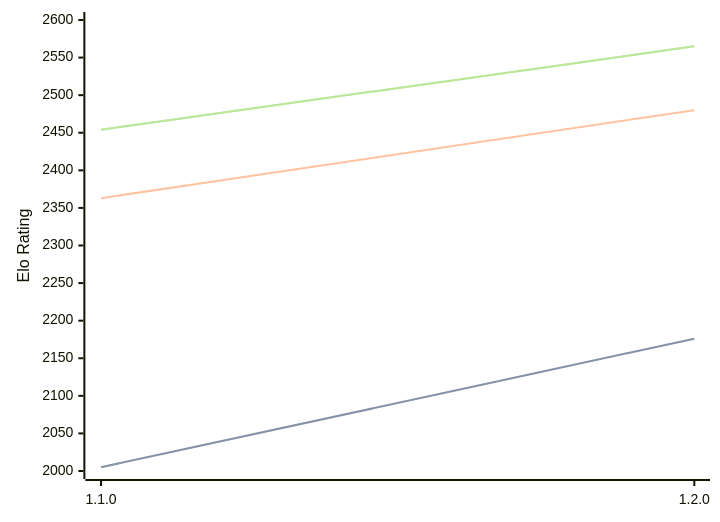
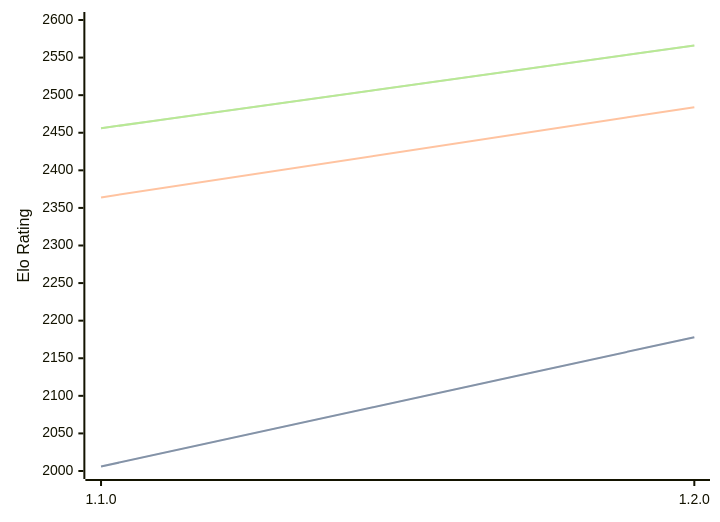
One commit to computer-chess-index/cci changed the diagram in engines/Gyatso.md. Above: the diagram before and after it, drawn with Mermaid. The commit also changed other lines of this file, not shown here.

Commit message:
Update CCI Ratings (ELO VLTC) - 2026-02-20

````diff
--- a/engines/Gyatso.md
+++ b/engines/Gyatso.md
@@ -30,11 +30,11 @@
 ```mermaid
 %%{init: {"theme":"base","themeVariables":{"seriesColors:['#a3a3a3','#222221','#faa371']}}}%%
 xychart-beta
   x-axis ["1.1.0", "1.2.0"]
   y-axis "Elo Rating" 2000 --> 2600
-  line "STC (8.0+0.08s)" [2005, 2176]
-  line "STC (8.0+0.08s)" [2005, 2176]
-  line "LTC (60.0+0.60s)" [2363, 2480]
-  line "VLTC (2m24s+1.12s)" [2454, 2565]
-  line "VLTC (2m24s+1.12s)" [2454, 2565]
+  line "STC (8.0+0.08s)" [2006, 2178]
+  line "STC (8.0+0.08s)" [2006, 2178]
+  line "LTC (60.0+0.60s)" [2364, 2484]
+  line "VLTC (2m24s+1.12s)" [2456, 2566]
+  line "VLTC (2m24s+1.12s)" [2456, 2566]
 ```
````
